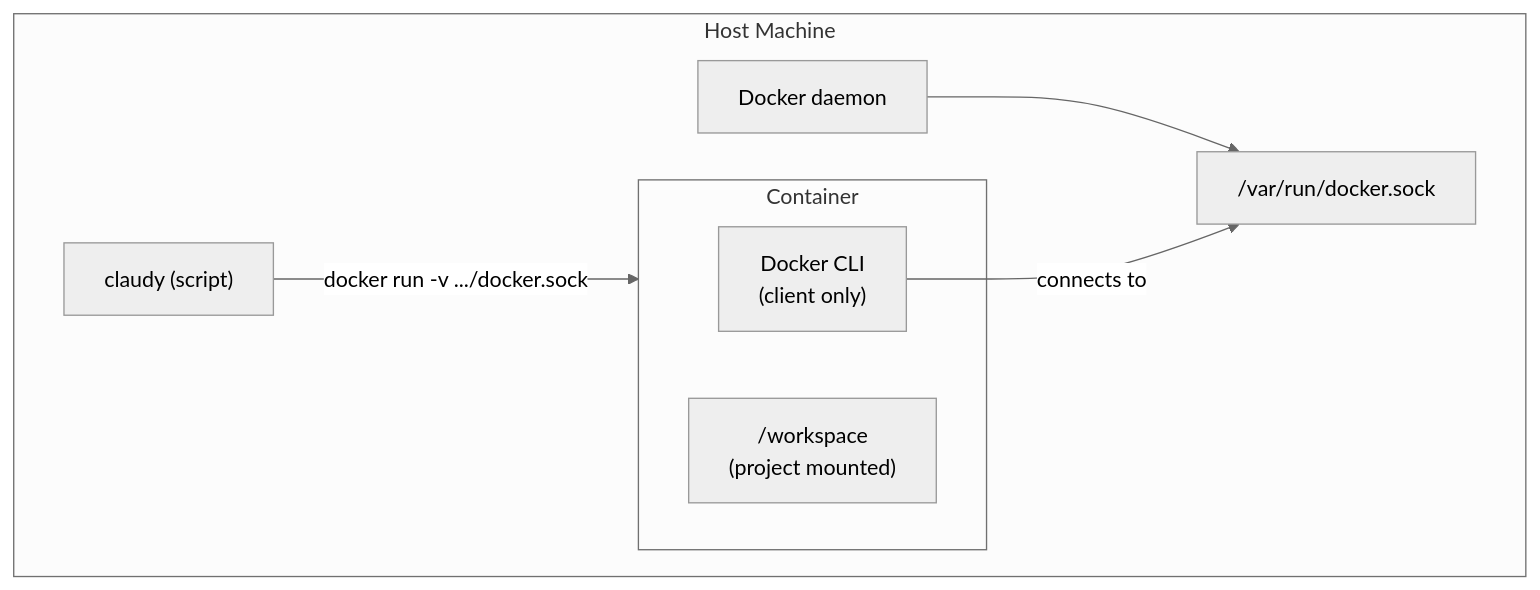
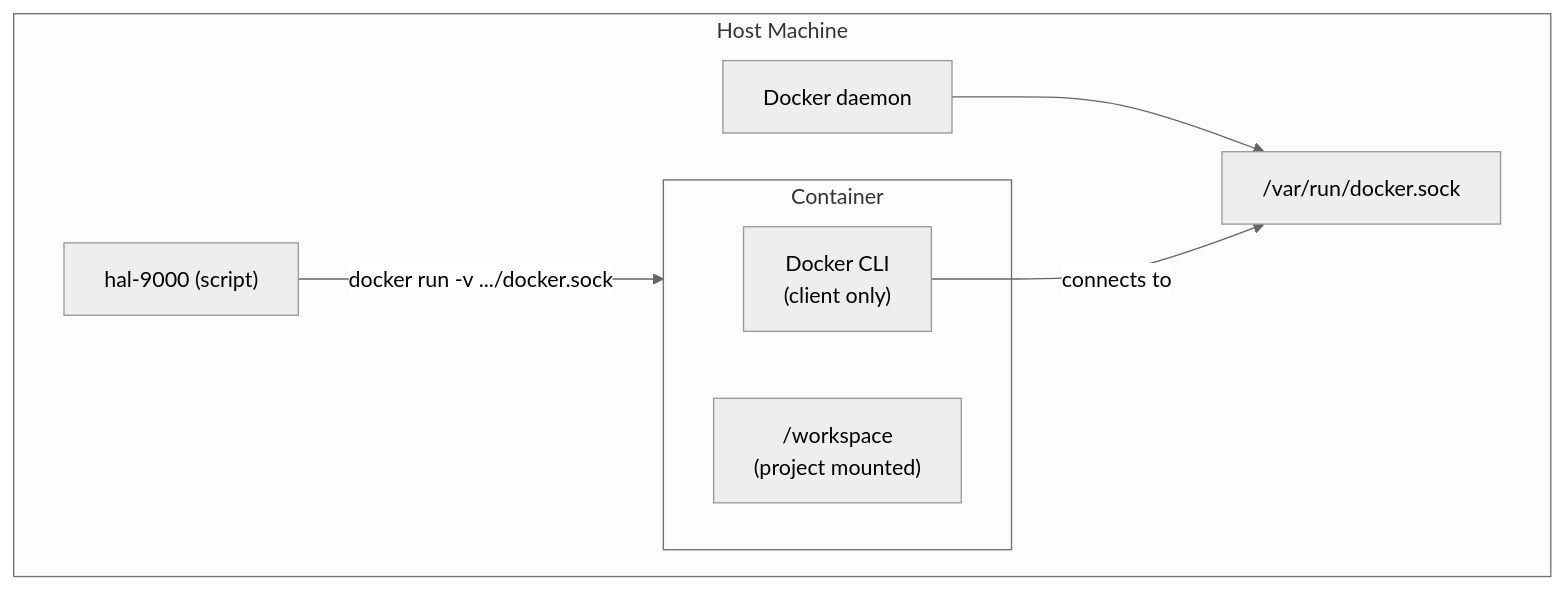
One commit to Hellblazer/hal-9000 changed the diagram in plugins/hal-9000/docs/DOCKER-INTEGRATION.md. Above: the diagram before and after it, drawn with Mermaid (neutral theme). The commit also changed other lines of this file and 35 other files, not shown here.

First line of the commit message:
Rename claudy to hal-9000 CLI

````diff
--- a/plugins/hal-9000/docs/DOCKER-INTEGRATION.md
+++ b/plugins/hal-9000/docs/DOCKER-INTEGRATION.md
@@ -41,17 +41,17 @@
 ```mermaid
 graph TB
     subgraph Host["Host Machine"]
         Daemon["Docker daemon"]
         Socket["/var/run/docker.sock"]
-        Claudy["claudy (script)"]
+        hal-9000["hal-9000 (script)"]
 
         subgraph Container["Container"]
             DockerCLI["Docker CLI<br/>(client only)"]
             Workspace["/workspace<br/>(project mounted)"]
         end
     end
 
     Daemon --> Socket
-    Claudy -->|docker run -v .../docker.sock| Container
+    hal-9000 -->|docker run -v .../docker.sock| Container
     DockerCLI -->|connects to| Socket
 ```
````
